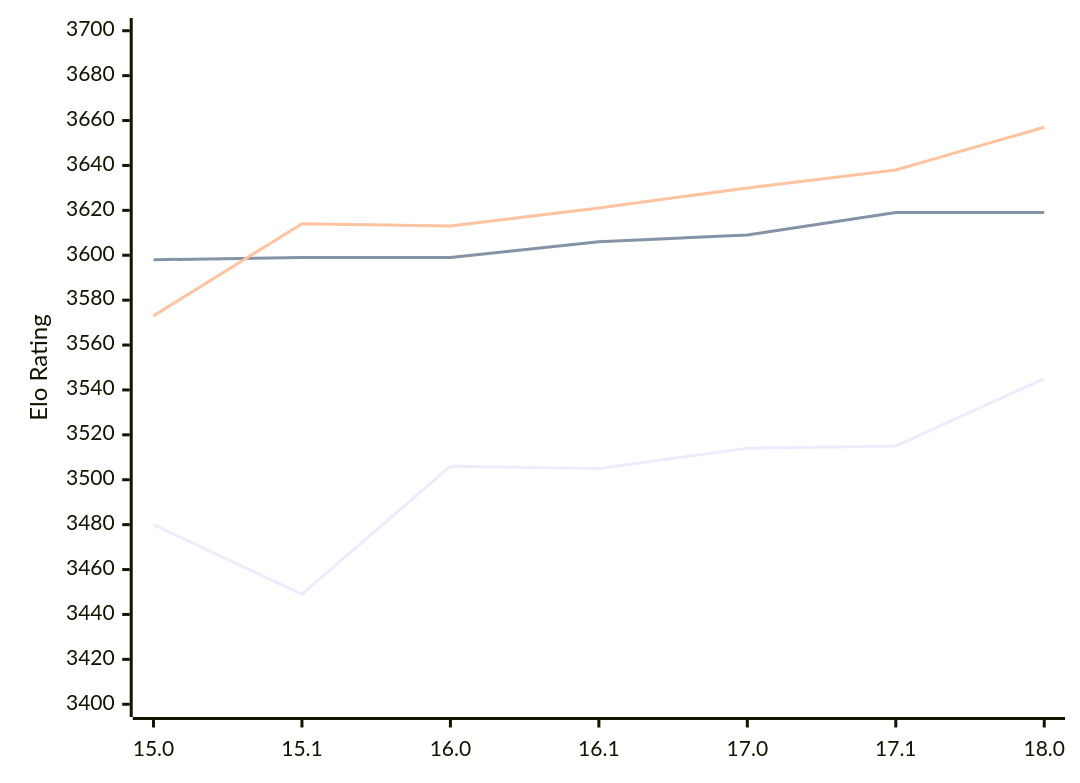
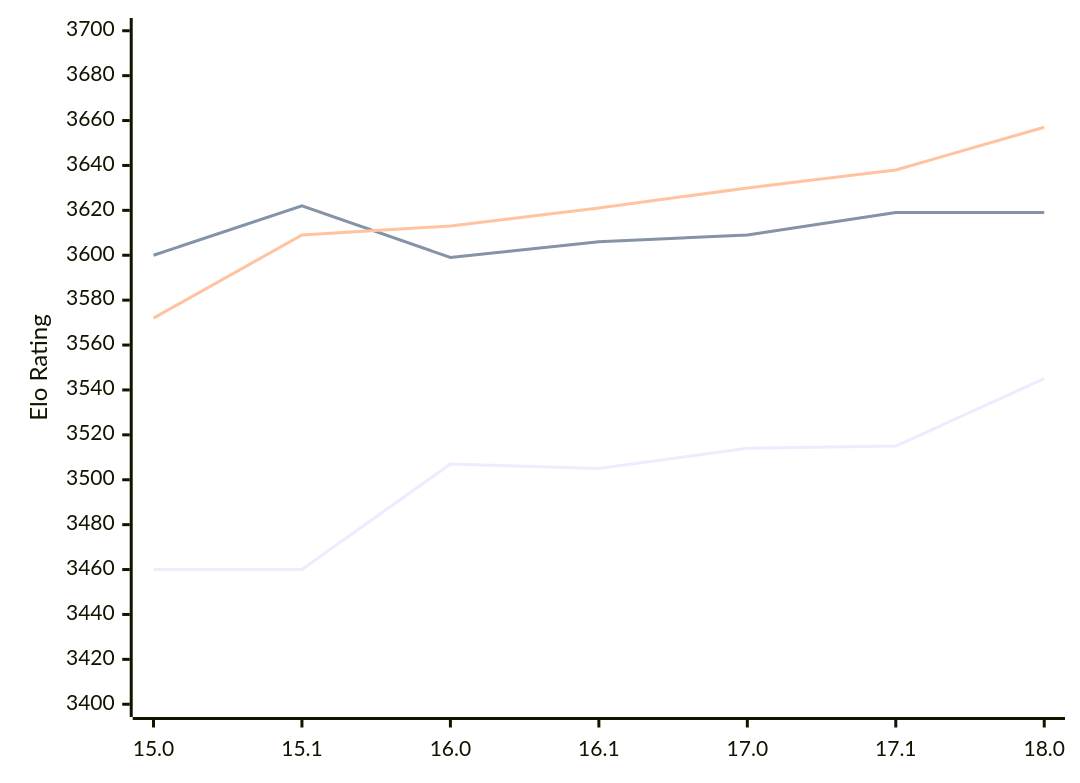
One commit to computer-chess-index/cci changed the diagram in engines/Stockfish.md. Above: the diagram before and after it, drawn with Mermaid. The commit also changed other lines of this file, not shown here.

Commit message:
Update CCI Ratings (ELO VLTC) - 2026-02-13

````diff
--- a/engines/Stockfish.md
+++ b/engines/Stockfish.md
@@ -43,9 +43,9 @@
 ```mermaid
 %%{init: {"theme":"base","themeVariables":{"seriesColors:['#a3a3a3','#222221','#faa371']}}}%%
 xychart-beta
   x-axis ["15.0", "15.1", "16.0", "16.1", "17.0", "17.1", "18.0"]
   y-axis "Elo Rating" 3400 --> 3700
-  line "STC (8.0+0.08s)" [3480, 3449, 3506, 3505, 3514, 3515, 3545]
-  line "LTC (60.0+0.60s)" [3598, 3599, 3599, 3606, 3609, 3619, 3619]
-  line "VLTC (2m24s+1.12s)" [3573, 3614, 3613, 3621, 3630, 3638, 3657]
+  line "STC (8.0+0.08s)" [3460, 3460, 3507, 3505, 3514, 3515, 3545]
+  line "LTC (60.0+0.60s)" [3600, 3622, 3599, 3606, 3609, 3619, 3619]
+  line "VLTC (2m24s+1.12s)" [3572, 3609, 3613, 3621, 3630, 3638, 3657]
 ```
````
